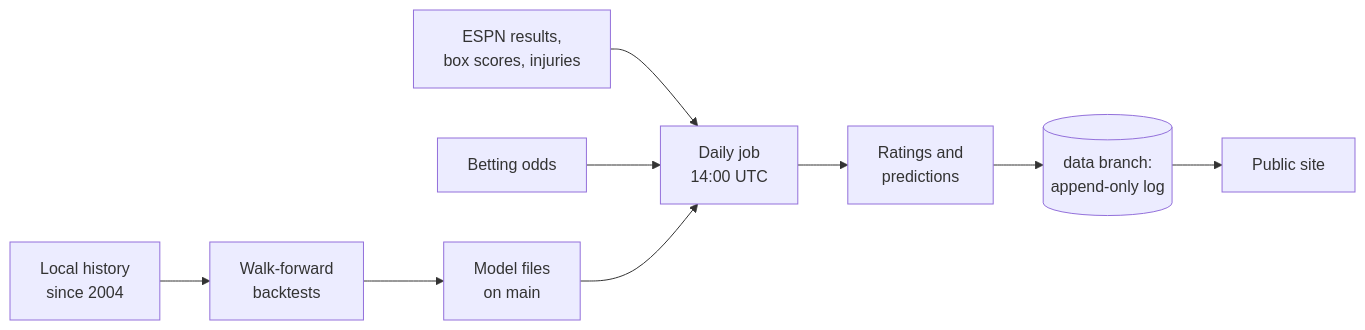
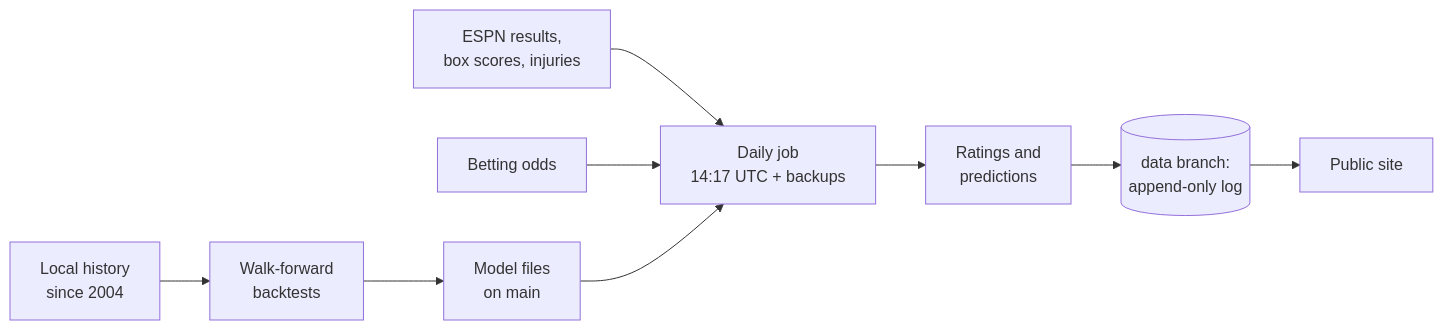
The diagram in README.md (garettprestholdt/nba-forecast), drawn with Mermaid before and after one commit. The commit also changed 4 other files, not shown here.

First line of the commit message:
Daily job: backup runs at 16:17 and 18:17 UTC, all off the hour

````diff
--- a/README.md
+++ b/README.md
@@ -52,9 +52,9 @@
 ```mermaid
 flowchart LR
-  A[ESPN results,<br/>box scores, injuries] --> C[Daily job<br/>14:00 UTC]
+  A[ESPN results,<br/>box scores, injuries] --> C[Daily job<br/>14:17 UTC + backups]
   B[Betting odds] --> C
   C --> D[Ratings and<br/>predictions]
   D --> E[(data branch:<br/>append-only log)]
   E --> F[Public site]
   G[Local history<br/>since 2004] --> H[Walk-forward<br/>backtests] --> I[Model files<br/>on main] --> C
 ```
````
